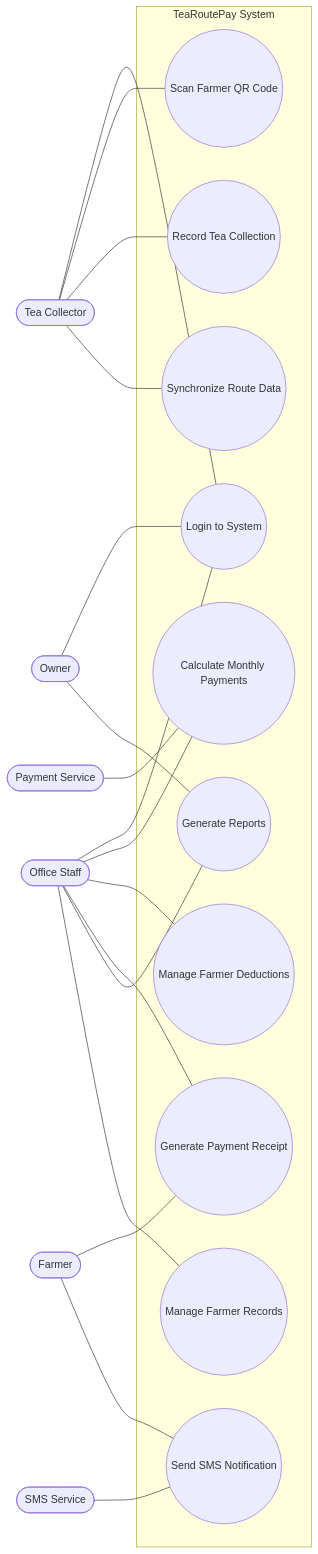
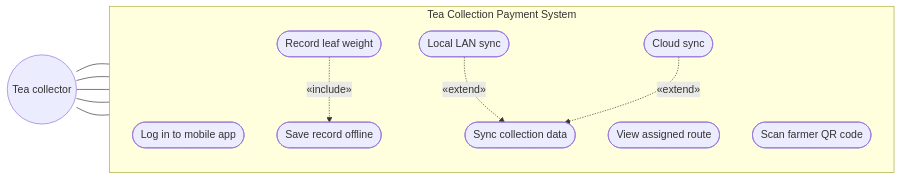
Before and after one commit to seng31242-tea-route-pay-2026/tea-collection-payment-system: the first of 3 diagrams in documents/sds/diagrams/use-case-diagram.md, drawn with Mermaid. The commit also changed other lines of this file, not shown here.

First line of the commit message:
docs(sds): refine use case diagrams and update use case descriptions

````diff
--- a/documents/sds/diagrams/use-case-diagram.md
+++ b/documents/sds/diagrams/use-case-diagram.md
@@ -1,53 +6,31 @@
 ```mermaid
 flowchart LR
-
-    %% Actors
-    Farmer([Farmer])
-    Collector([Tea Collector])
-    Office([Office Staff])
-    Owner([Owner])
-    SMS([SMS Service])
-    Payment([Payment Service])
+    %% Actor
+    TeaCollector(("Tea collector"))
 
     %% System Boundary
-    subgraph TeaRoutePay System
-
-        UC1((Login to System))
-        UC2((Scan Farmer QR Code))
-        UC3((Record Tea Collection))
-        UC4((Synchronize Route Data))
-        UC5((Calculate Monthly Payments))
-        UC6((Manage Farmer Deductions))
-        UC7((Generate Payment Receipt))
-        UC8((Generate Reports))
-        UC9((Send SMS Notification))
-        UC10((Manage Farmer Records))
-
+    subgraph System ["Tea Collection Payment System"]
+        direction TB
+        UC1([Log in to mobile app])
+        UC2([View assigned route])
+        UC3([Scan farmer QR code])
+        UC4([Record leaf weight])
+        UC5([Save record offline])
+        UC6([Sync collection data])
+        UC7([Local LAN sync])
+        UC8([Cloud sync])
+        
     end
 
-    %% Farmer Connections
-    Farmer --- UC7
-    Farmer --- UC9
+    %% Actor Relationships
+    TeaCollector --- UC1
+    TeaCollector --- UC2
+    TeaCollector --- UC3
+    TeaCollector --- UC4
+    TeaCollector --- UC6
 
-    %% Tea Collector Connections
-    Collector --- UC1
-    Collector --- UC2
-    Collector --- UC3
-    Collector --- UC4
-
-    %% Office Staff Connections
-    Office --- UC1
-    Office --- UC5
-    Office --- UC6
-    Office --- UC7
-    Office --- UC8
-    Office --- UC10
-
-    %% Owner Connections
-    Owner --- UC1
-    Owner --- UC8
-
-    %% External Services
-    SMS --- UC9
-    Payment --- UC5
+    %% Includes & Extends
+    UC4 -. "«include»" .-> UC5
+    UC7 -. "«extend»" .-> UC6
+    UC8 -. "«extend»" .-> UC6
 ```
````
